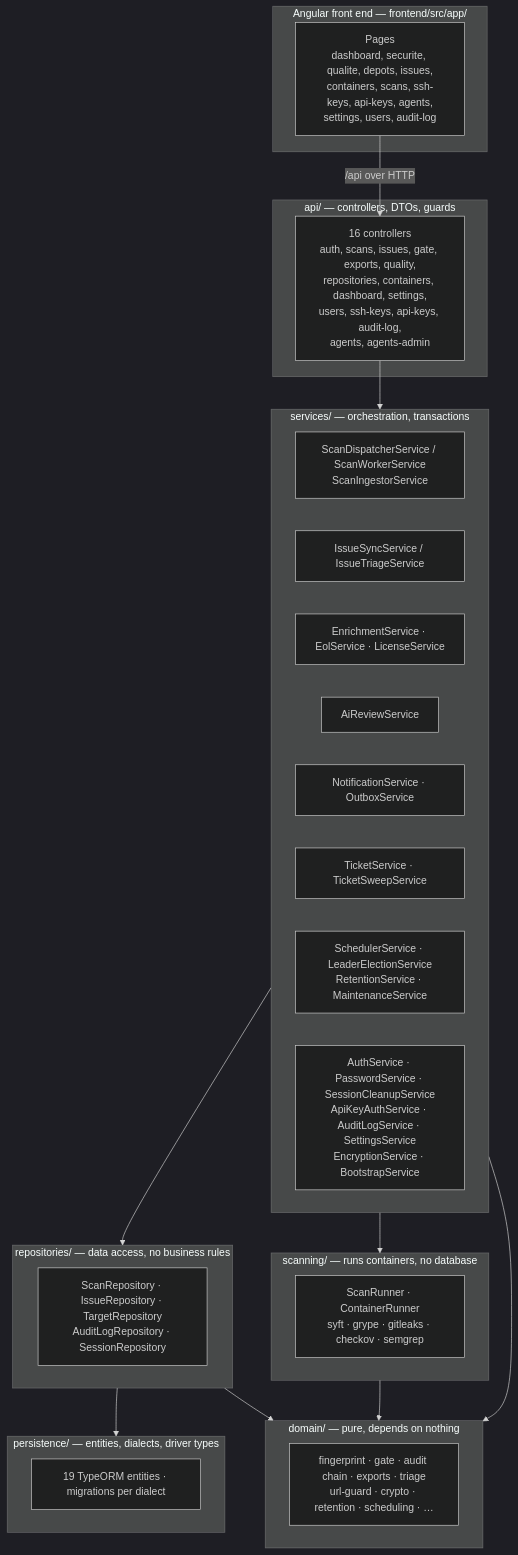
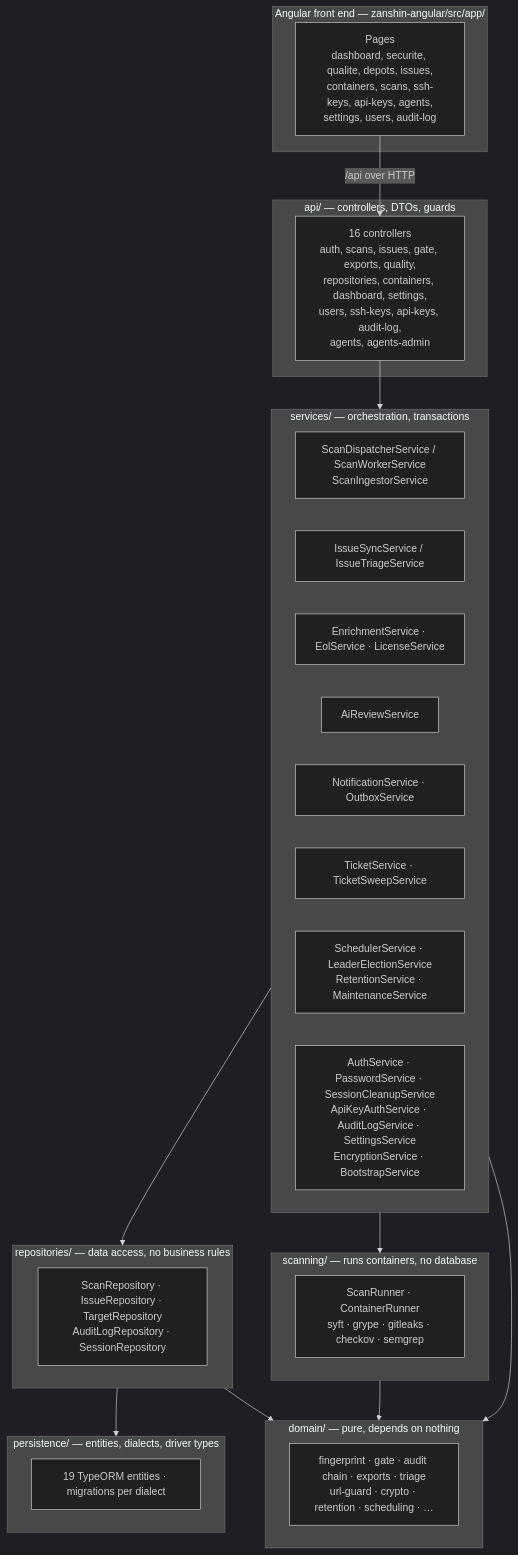
One commit to asmolabs/vectispire changed the first of 3 diagrams in docs/TECHNICAL_DOCUMENTATION.md. Above: the diagram before and after it, drawn with Mermaid (dark theme). The commit also changed other lines of this file and 8 other files, not shown here.

````diff
--- a/docs/TECHNICAL_DOCUMENTATION.md
+++ b/docs/TECHNICAL_DOCUMENTATION.md
@@ -13,46 +13,46 @@
 ```mermaid
 flowchart TB
-    subgraph front["Angular front end — frontend/src/app/"]
+    subgraph front["Angular front end — zanshin-angular/src/app/"]
         Pages["Pages<br/>dashboard, securite, qualite, depots, issues,<br/>containers, scans, ssh-keys, api-keys, agents,<br/>settings, users, audit-log"]
     end
 
     subgraph api["api/ — controllers, DTOs, guards"]
         Routes["16 controllers<br/>auth, scans, issues, gate, exports, quality,<br/>repositories, containers, dashboard, settings,<br/>users, ssh-keys, api-keys, audit-log,<br/>agents, agents-admin"]
     end
 
     subgraph services["services/ — orchestration, transactions"]
         Scan["ScanDispatcherService / ScanWorkerService<br/>ScanIngestorService"]
         Issue["IssueSyncService / IssueTriageService"]
         Enrich["EnrichmentService · EolService · LicenseService"]
         Ai["AiReviewService"]
         Notify["NotificationService · OutboxService"]
         Ticket["TicketService · TicketSweepService"]
         Ops["SchedulerService · LeaderElectionService<br/>RetentionService · MaintenanceService"]
         Auth["AuthService · PasswordService · SessionCleanupService<br/>ApiKeyAuthService · AuditLogService · SettingsService<br/>EncryptionService · BootstrapService"]
     end
 
     subgraph repos["repositories/ — data access, no business rules"]
         R["ScanRepository · IssueRepository · TargetRepository<br/>AuditLogRepository · SessionRepository"]
     end
 
     subgraph persistence["persistence/ — entities, dialects, driver types"]
         Ent["19 TypeORM entities · migrations per dialect"]
     end
 
     subgraph domain["domain/ — pure, depends on nothing"]
         D["fingerprint · gate · audit chain · exports · triage<br/>url-guard · crypto · retention · scheduling · …"]
     end
 
     subgraph scanning["scanning/ — runs containers, no database"]
         S["ScanRunner · ContainerRunner<br/>syft · grype · gitleaks · checkov · semgrep"]
     end
 
     Pages -->|"/api over HTTP"| Routes
     Routes --> services
     services --> repos
     repos --> persistence
     services --> scanning
     services --> domain
     repos --> domain
     scanning --> domain
 ```
````
